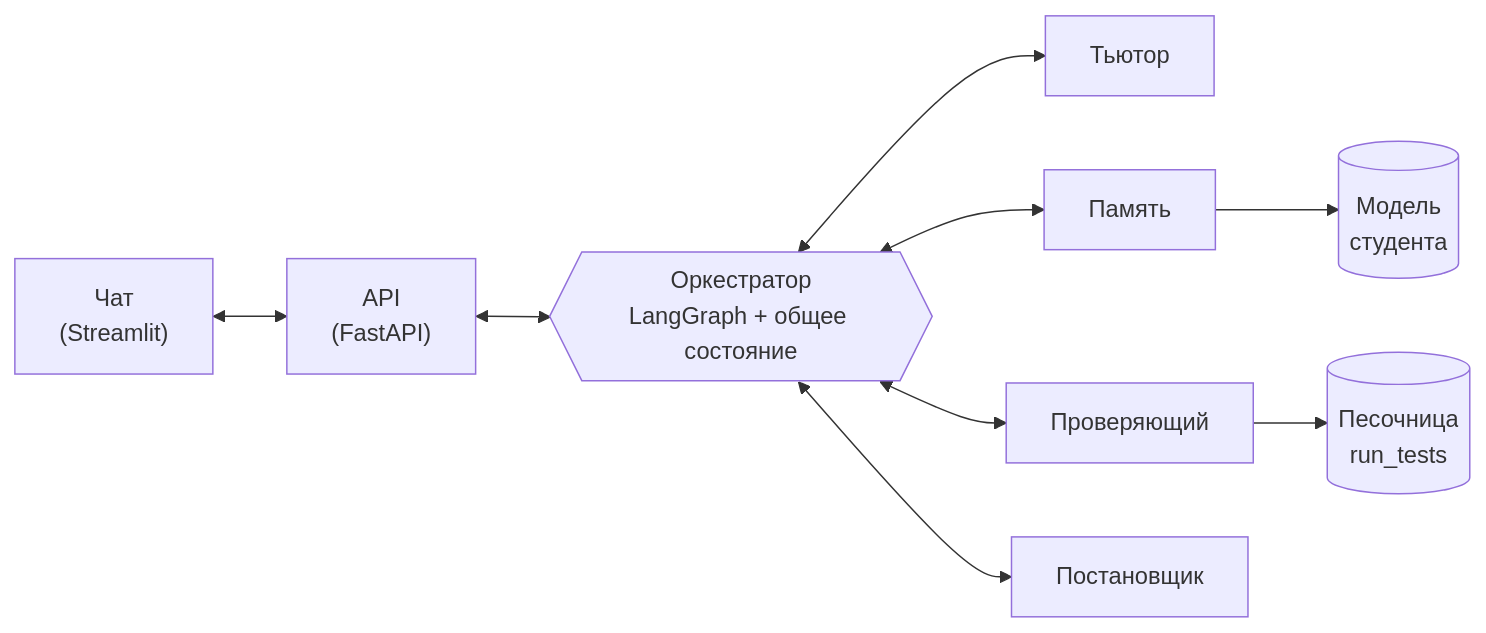
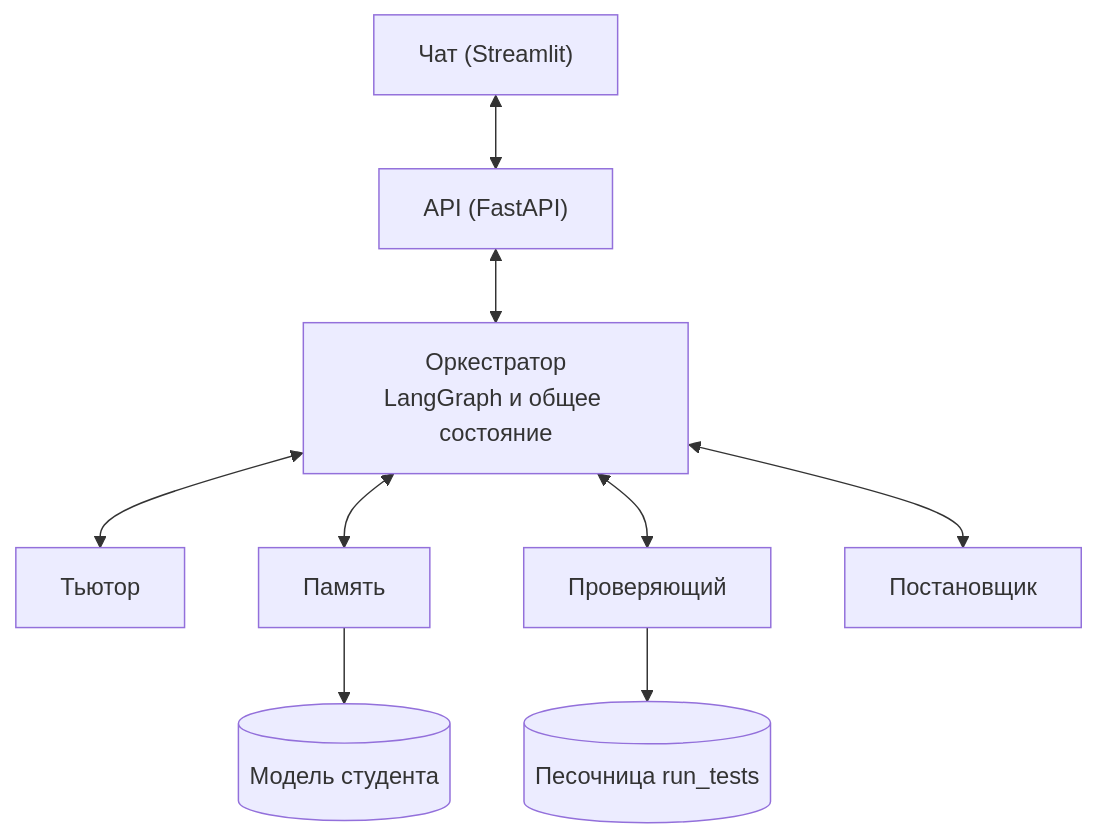
The first of 2 diagrams in README.md (barkolay15/ProjectMultiAgentTutor), drawn with Mermaid before and after one commit.

Commit message:
Поправил отображение схемы

````diff
--- a/README.md
+++ b/README.md
@@ -32,11 +32,11 @@
 ```mermaid
-flowchart LR
-    UI["Чат<br/>(Streamlit)"] <--> API["API<br/>(FastAPI)"]
-    API <--> ORCH{{"Оркестратор<br/>LangGraph + общее состояние"}}
+flowchart TD
+    UI["Чат (Streamlit)"] <--> API["API (FastAPI)"]
+    API <--> ORCH["Оркестратор<br/>LangGraph и общее состояние"]
     ORCH <--> TUTOR["Тьютор"]
     ORCH <--> MEM["Память"]
     ORCH <--> CHECK["Проверяющий"]
     ORCH <--> TASK["Постановщик"]
-    CHECK --> SBX[("Песочница<br/>run_tests")]
-    MEM --> DB[("Модель<br/>студента")]
+    MEM --> DB[("Модель студента")]
+    CHECK --> SBX[("Песочница run_tests")]
 ```
````
